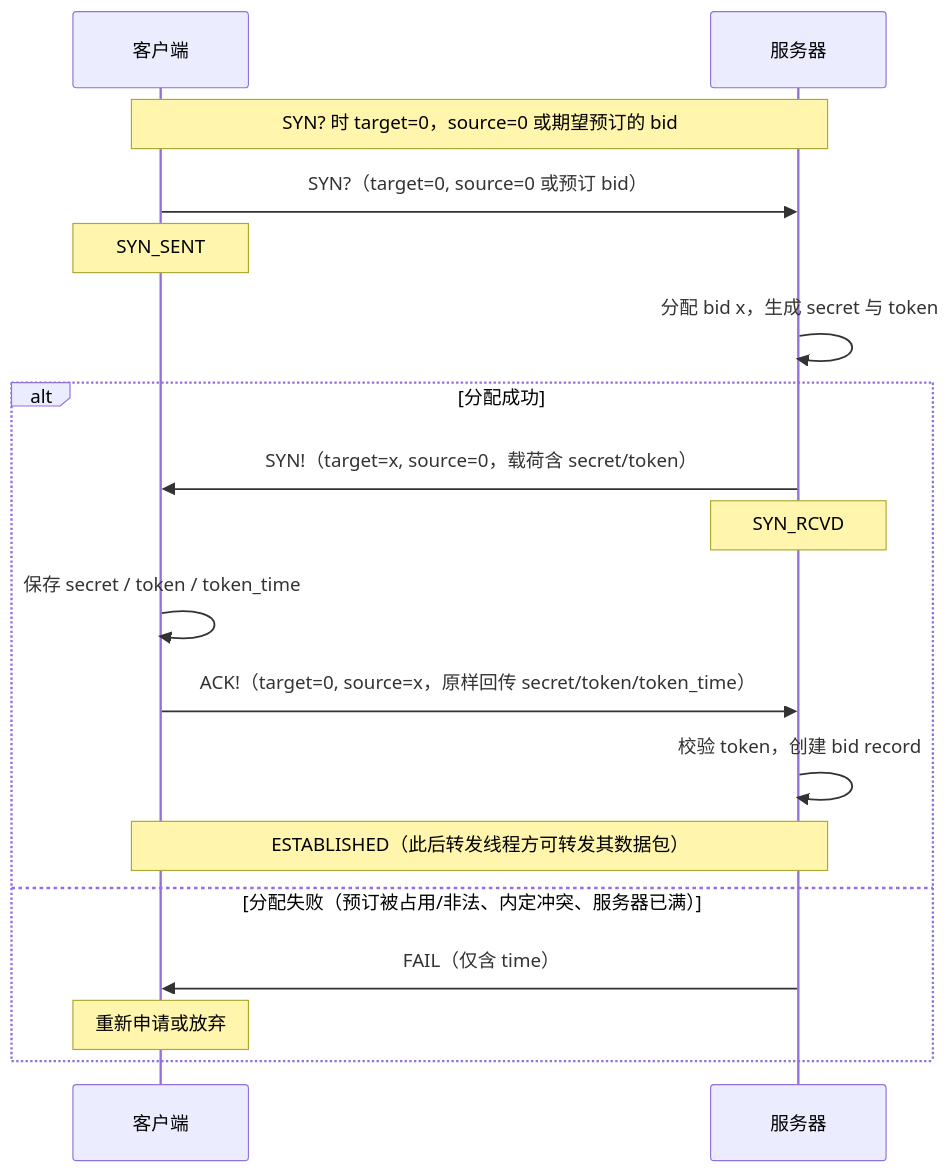
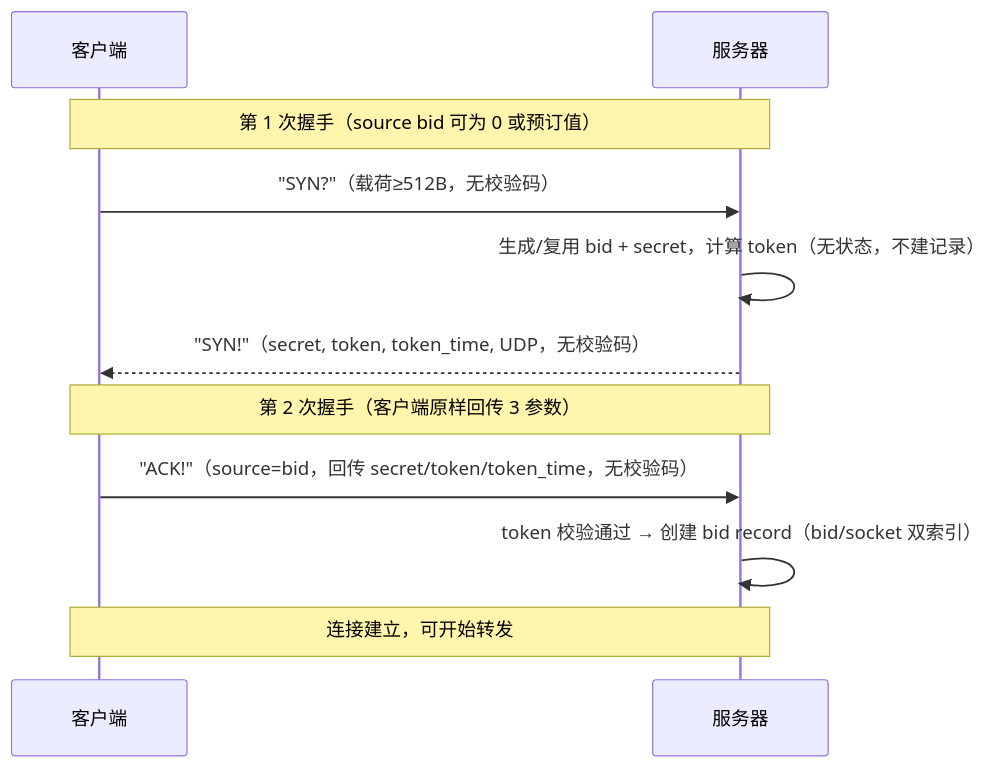
Before and after one commit to moky/magpie: the first of 10 diagrams in docs/workflow.md, drawn with Mermaid. The commit also changed other lines of this file and 7 other files, not shown here.

````diff
--- a/docs/workflow.md
+++ b/docs/workflow.md
@@ -35,20 +22,15 @@
 ```mermaid
 sequenceDiagram
     participant C as 客户端
     participant S as 服务器
-    Note over C,S: SYN? 时 target=0，source=0 或期望预订的 bid
-    C->>S: SYN?（target=0, source=0 或预订 bid）
-    Note over C: SYN_SENT
-    S->>S: 分配 bid x，生成 secret 与 token
-    alt 分配成功
-        S->>C: SYN!（target=x, source=0，载荷含 secret/token）
-        Note over S: SYN_RCVD
-        C->>C: 保存 secret / token / token_time
-        C->>S: ACK!（target=0, source=x，原样回传 secret/token/token_time）
-        S->>S: 校验 token，创建 bid record
-        Note over C,S: ESTABLISHED（此后转发线程方可转发其数据包）
-    else 分配失败（预订被占用/非法、内定冲突、服务器已满）
-        S->>C: FAIL（仅含 time）
-        Note over C: 重新申请或放弃
-    end
+
+    Note over C,S: 第 1 次握手（source bid 可为 0 或预订值）
+    C->>S: "SYN?"（载荷≥512B，无校验码）
+    S->>S: 生成/复用 bid + secret，计算 token（无状态，不建记录）
+    S-->>C: "SYN!"（secret, token, token_time, UDP，无校验码）
+
+    Note over C,S: 第 2 次握手（客户端原样回传 3 参数）
+    C->>S: "ACK!"（source=bid，回传 secret/token/token_time，无校验码）
+    S->>S: token 校验通过 → 创建 bid record（bid/socket 双索引）
+    Note over C,S: 连接建立，可开始转发
 ```
````
